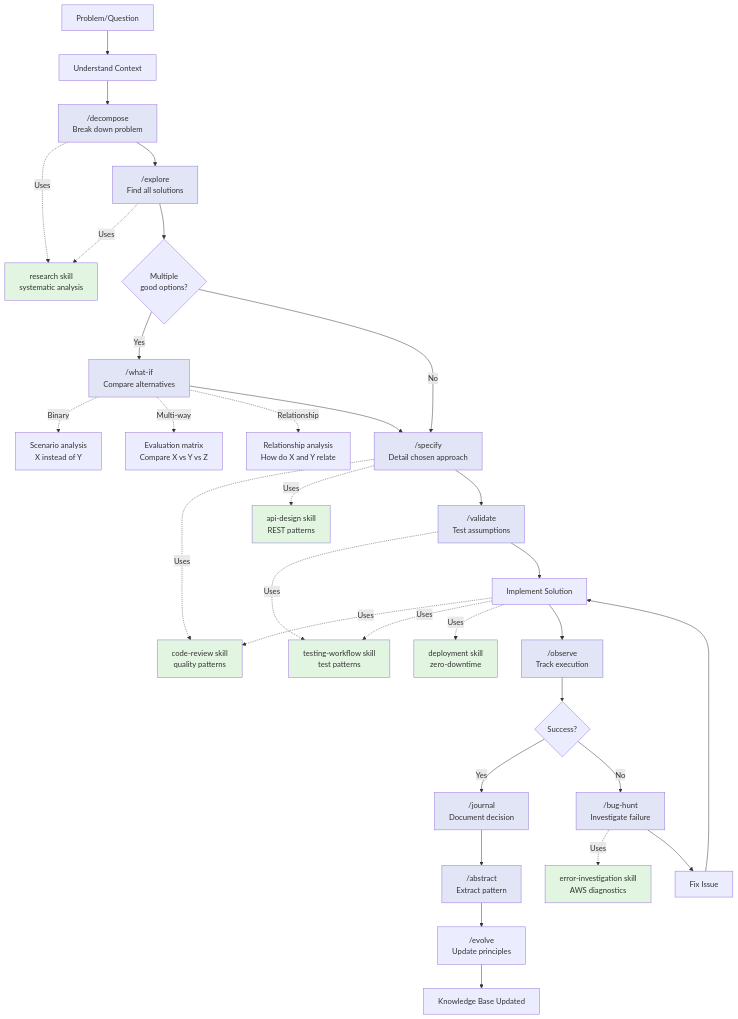
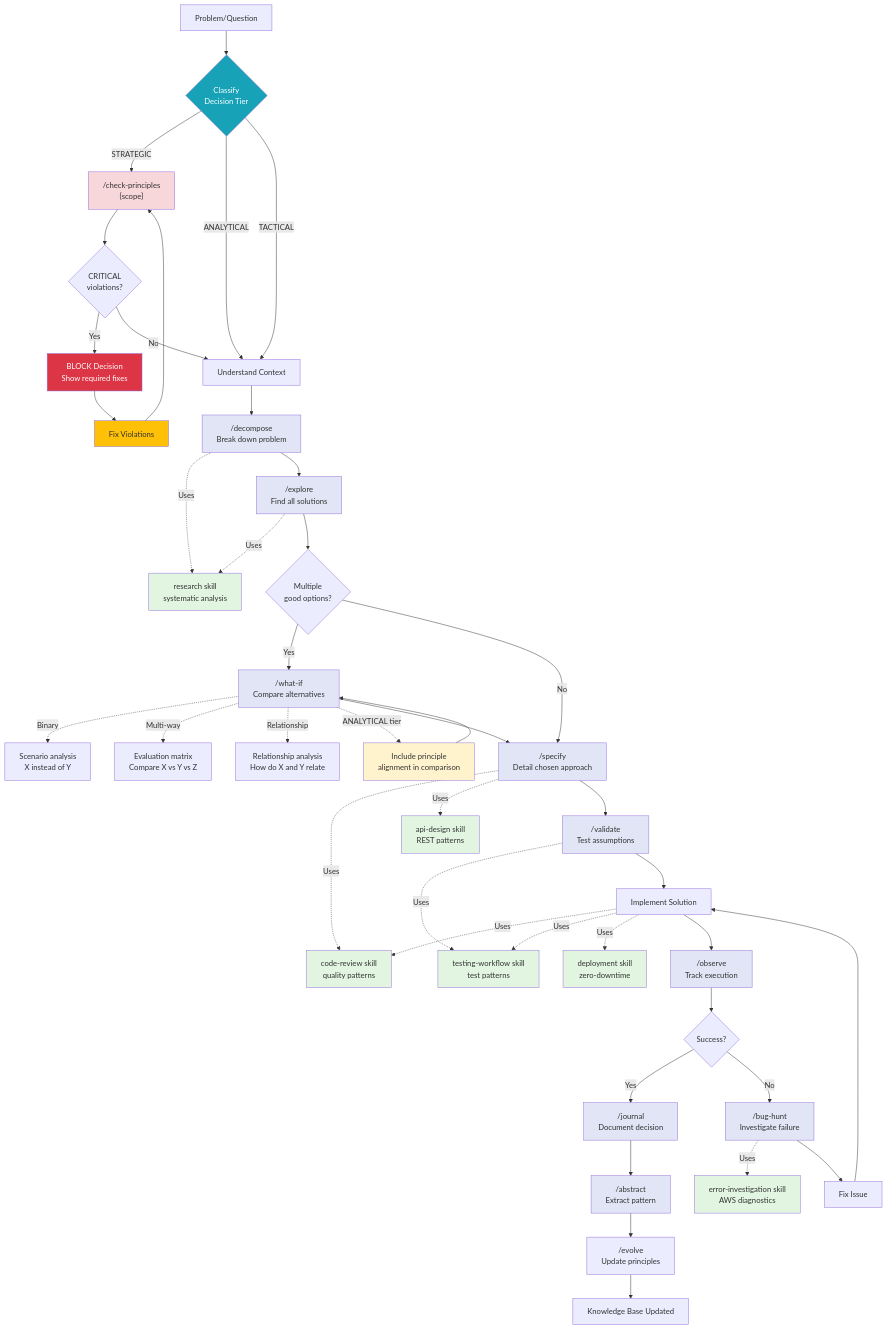
The fifth of 11 diagrams in .claude/diagrams/thinking-process-architecture.md (Awannaphasch2016/dr-daily-report), drawn with Mermaid before and after one commit. The commit also changed other lines of this file, not shown here.

First line of the commit message:
docs: Integrate principle-first decision workflow into architecture diagram

````diff
--- a/.claude/diagrams/thinking-process-architecture.md
+++ b/.claude/diagrams/thinking-process-architecture.md
@@ -307,6 +307,17 @@
 ```mermaid
 flowchart TD
-    START[Problem/Question] --> UNDERSTAND[Understand Context]
+    START[Problem/Question] --> CLASSIFY{Classify<br/>Decision Tier}
+
+    CLASSIFY -->|STRATEGIC| CHECK_PRINCIPLES["/check-principles<br/>{scope}"]
+    CLASSIFY -->|ANALYTICAL| UNDERSTAND
+    CLASSIFY -->|TACTICAL| UNDERSTAND
+
+    CHECK_PRINCIPLES --> VIOLATIONS{CRITICAL<br/>violations?}
+    VIOLATIONS -->|Yes| BLOCK[BLOCK Decision<br/>Show required fixes]
+    VIOLATIONS -->|No| UNDERSTAND[Understand Context]
+
+    BLOCK --> FIX_VIOLATIONS[Fix Violations]
+    FIX_VIOLATIONS --> CHECK_PRINCIPLES
 
     UNDERSTAND --> CMD_DECOMPOSE["/decompose<br/>Break down problem"]
     CMD_DECOMPOSE -.->|Uses| SKILL_RESEARCH[research skill<br/>systematic analysis]
@@ -322,6 +333,9 @@
     CMD_WHATIF -.->|Binary| BINARY["Scenario analysis<br/>X instead of Y"]
     CMD_WHATIF -.->|Multi-way| MULTIWAY["Evaluation matrix<br/>Compare X vs Y vs Z"]
     CMD_WHATIF -.->|Relationship| RELATE["Relationship analysis<br/>How do X and Y relate"]
+
+    CMD_WHATIF -.->|ANALYTICAL tier| REF_PRINCIPLES[Include principle<br/>alignment in comparison]
+    REF_PRINCIPLES --> CMD_WHATIF
 
     CMD_WHATIF --> CMD_SPECIFY["/specify<br/>Detail chosen approach"]
     CMD_SPECIFY -.->|Uses| SKILL_CODEREVIEW[code-review skill<br/>quality patterns]
@@ -351,6 +365,12 @@
 
     EVOLVE --> END[Knowledge Base Updated]
 
+    style CHECK_PRINCIPLES fill:#f8d7da
+    style BLOCK fill:#dc3545,color:#fff
+    style FIX_VIOLATIONS fill:#ffc107
+    style CLASSIFY fill:#17a2b8,color:#fff
+    style REF_PRINCIPLES fill:#fff3cd
+
     style CMD_DECOMPOSE fill:#e1e5f5
     style CMD_EXPLORE fill:#e1e5f5
     style CMD_WHATIF fill:#e1e5f5
````
